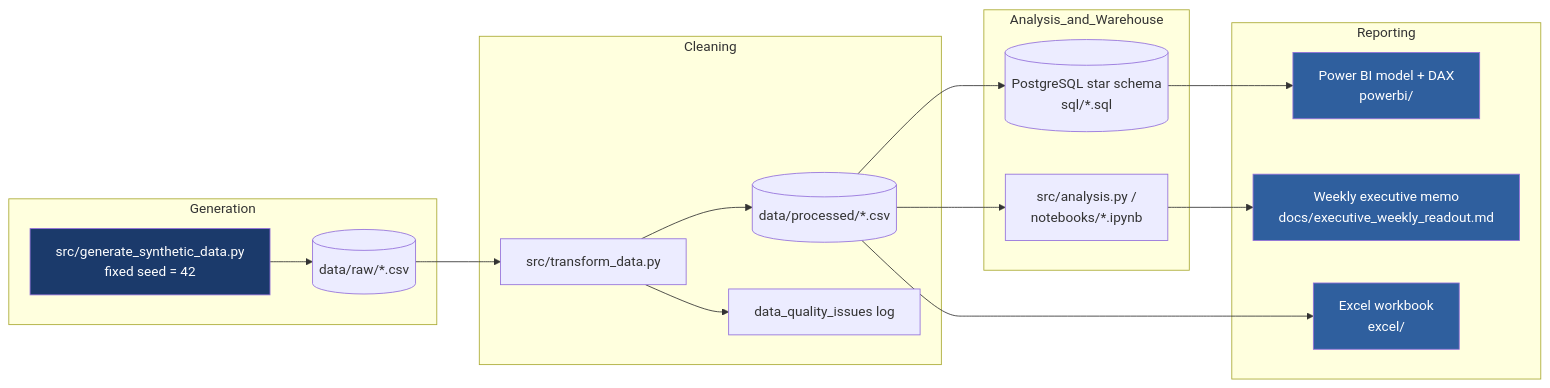
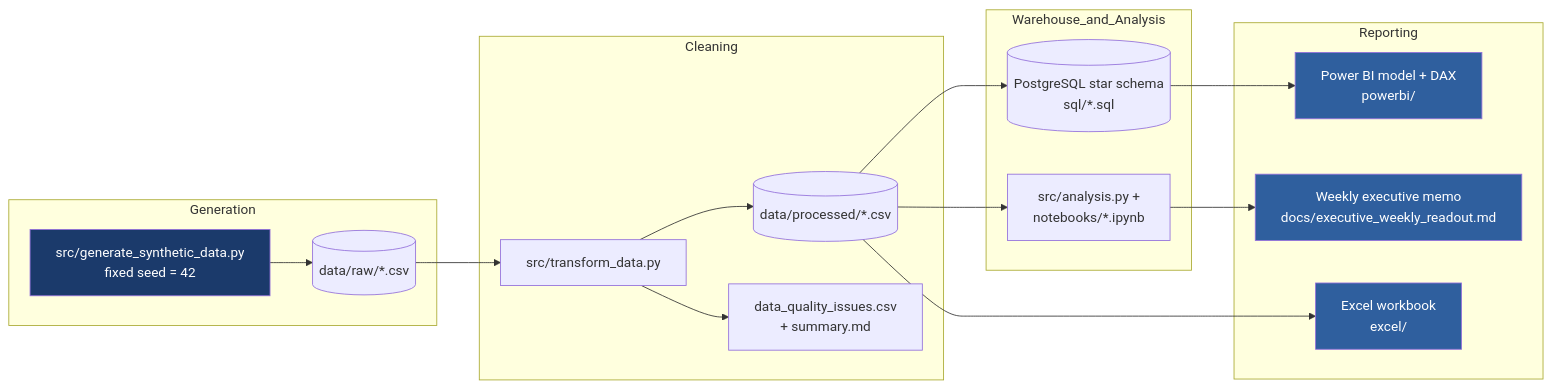
The diagram in README.md (Quantum0uasar/genai-enterprise-adoption-intelligence-hub), drawn with Mermaid before and after one commit. The commit also changed other lines of this file and 6 other files, not shown here.

````diff
--- a/README.md
+++ b/README.md
@@ -52,28 +42,28 @@
 ```mermaid
 flowchart LR
     subgraph Generation
-        A[src/generate_synthetic_data.py<br/>fixed seed = 42] --> B[(data/raw/*.csv)]
+        A["src/generate_synthetic_data.py<br/>fixed seed = 42"] --> B[("data/raw/*.csv")]
     end
 
     subgraph Cleaning
-        B --> C[src/transform_data.py]
-        C --> D[(data/processed/*.csv)]
-        C --> E[data_quality_issues log]
+        B --> C["src/transform_data.py"]
+        C --> D[("data/processed/*.csv")]
+        C --> E["data_quality_issues.csv<br/>+ summary.md"]
     end
 
-    subgraph Analysis_and_Warehouse
-        D --> F[(PostgreSQL star schema<br/>sql/*.sql)]
-        D --> G[src/analysis.py /<br/>notebooks/*.ipynb]
+    subgraph Warehouse_and_Analysis
+        D --> F[("PostgreSQL star schema<br/>sql/*.sql")]
+        D --> G["src/analysis.py +<br/>notebooks/*.ipynb"]
     end
 
     subgraph Reporting
-        F --> H[Power BI model + DAX<br/>powerbi/]
-        D --> I[Excel workbook<br/>excel/]
-        G --> J[Weekly executive memo<br/>docs/executive_weekly_readout.md]
+        F --> H["Power BI model + DAX<br/>powerbi/"]
+        D --> I["Excel workbook<br/>excel/"]
+        G --> J["Weekly executive memo<br/>docs/executive_weekly_readout.md"]
     end
 
-    style A fill:#1b3a6b,color:#fff
-    style H fill:#2f5f9e,color:#fff
-    style I fill:#2f5f9e,color:#fff
-    style J fill:#2f5f9e,color:#fff
+    style A fill:#1B3A6B,color:#fff
+    style H fill:#2F5F9E,color:#fff
+    style I fill:#2F5F9E,color:#fff
+    style J fill:#2F5F9E,color:#fff
 ```
````
